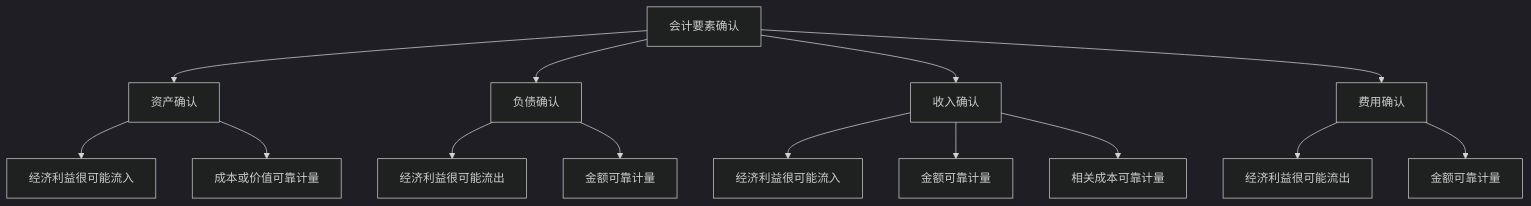
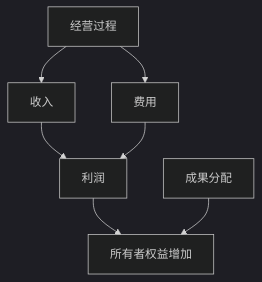
Before and after one commit to Anping2017/obsidian: the ninth of 10 diagrams in 会计学/01-基础认知层/会计要素与等式/03-要素关系图解.md, drawn with Mermaid (dark theme). The commit also changed other lines of this file and 22 other files, not shown here.

````diff
--- a/会计学/01-基础认知层/会计要素与等式/03-要素关系图解.md
+++ b/会计学/01-基础认知层/会计要素与等式/03-要素关系图解.md
@@ -264,20 +217,12 @@
 ```mermaid
 graph TD
-    A[会计要素确认] --> B[资产确认]
-    A --> C[负债确认]
-    A --> D[收入确认]
-    A --> E[费用确认]
+    A[收入] --> B[利润]
+    C[费用] --> B
     
-    B --> F[经济利益很可能流入]
-    B --> G[成本或价值可靠计量]
+    B --> D[所有者权益增加]
     
-    C --> H[经济利益很可能流出]
-    C --> I[金额可靠计量]
+    E[经营过程] --> A
+    E --> C
     
-    D --> J[经济利益很可能流入]
-    D --> K[金额可靠计量]
-    D --> L[相关成本可靠计量]
-    
-    E --> M[经济利益很可能流出]
-    E --> N[金额可靠计量]
+    F[成果分配] --> D
 ```
````
